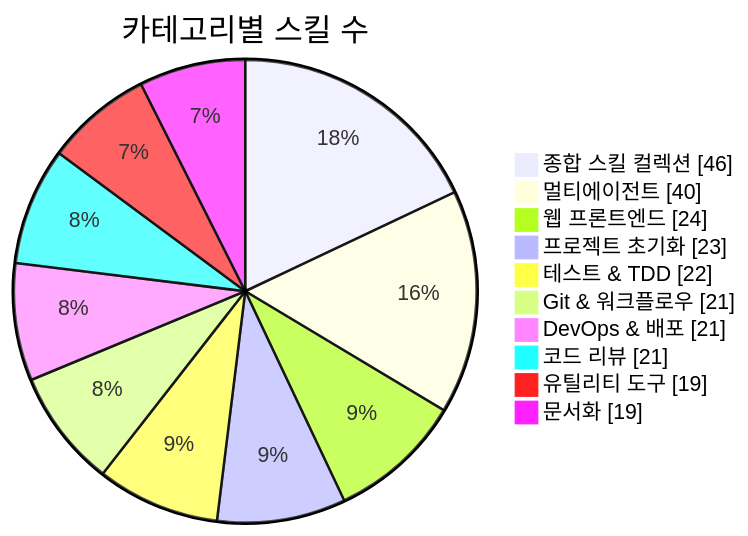
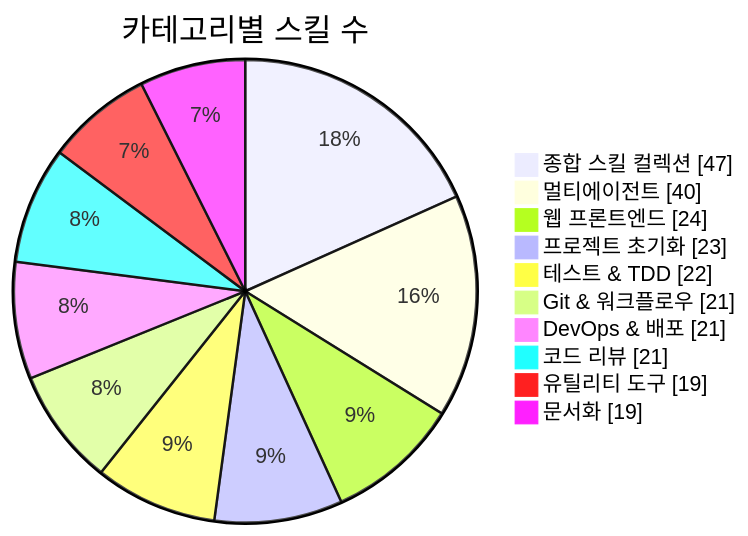
The first of 3 diagrams in README.md (J-nowcow/awesome-korean-agent-skills), drawn with Mermaid before and after one commit. The commit also changed other lines of this file and 3 other files, not shown here.

````diff
--- a/README.md
+++ b/README.md
@@ -176,14 +176,14 @@
 ```mermaid
 pie showData
     title 카테고리별 스킬 수
-    "종합 스킬 컬렉션" : 46
+    "종합 스킬 컬렉션" : 47
     "멀티에이전트" : 40
     "웹 프론트엔드" : 24
     "프로젝트 초기화" : 23
     "테스트 & TDD" : 22
     "Git & 워크플로우" : 21
     "DevOps & 배포" : 21
     "코드 리뷰" : 21
     "유틸리티 도구" : 19
     "문서화" : 19
 ```
````
